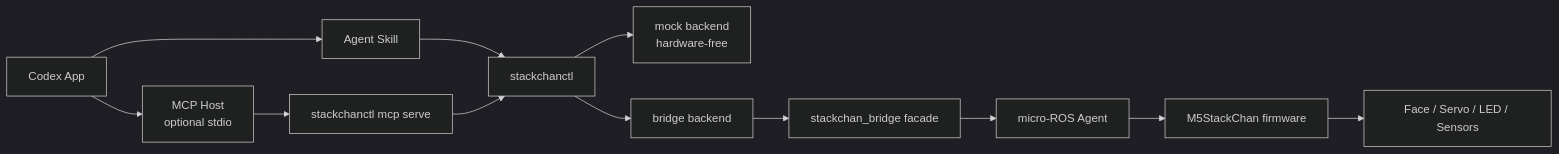
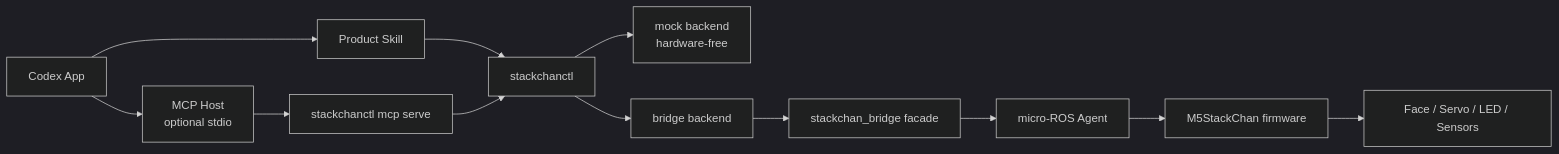
One commit to koizumikento/codex-stackchan-bridge changed the first of 3 diagrams in docs/architecture.md. Above: the diagram before and after it, drawn with Mermaid (dark theme). The commit also changed other lines of this file and 5 other files, not shown here.

Commit message:
Update docs for product skill and firmware CI harness

````diff
--- a/docs/architecture.md
+++ b/docs/architecture.md
@@ -7,14 +7,14 @@
 ```mermaid
 flowchart LR
-    Codex["Codex App"] --> Skill["Agent Skill"]
+    Codex["Codex App"] --> Skill["Product Skill"]
     Codex --> MCP["MCP Host\noptional stdio"]
     Skill --> CLI["stackchanctl"]
     MCP --> MCPServer["stackchanctl mcp serve"]
     MCPServer --> CLI
     CLI --> Mock["mock backend\nhardware-free"]
     CLI --> BridgeBackend["bridge backend"]
     BridgeBackend --> Bridge["stackchan_bridge facade"]
     Bridge --> Agent["micro-ROS Agent"]
     Agent --> Firmware["M5StackChan firmware"]
     Firmware --> Hardware["Face / Servo / LED / Sensors"]
 ```
````
